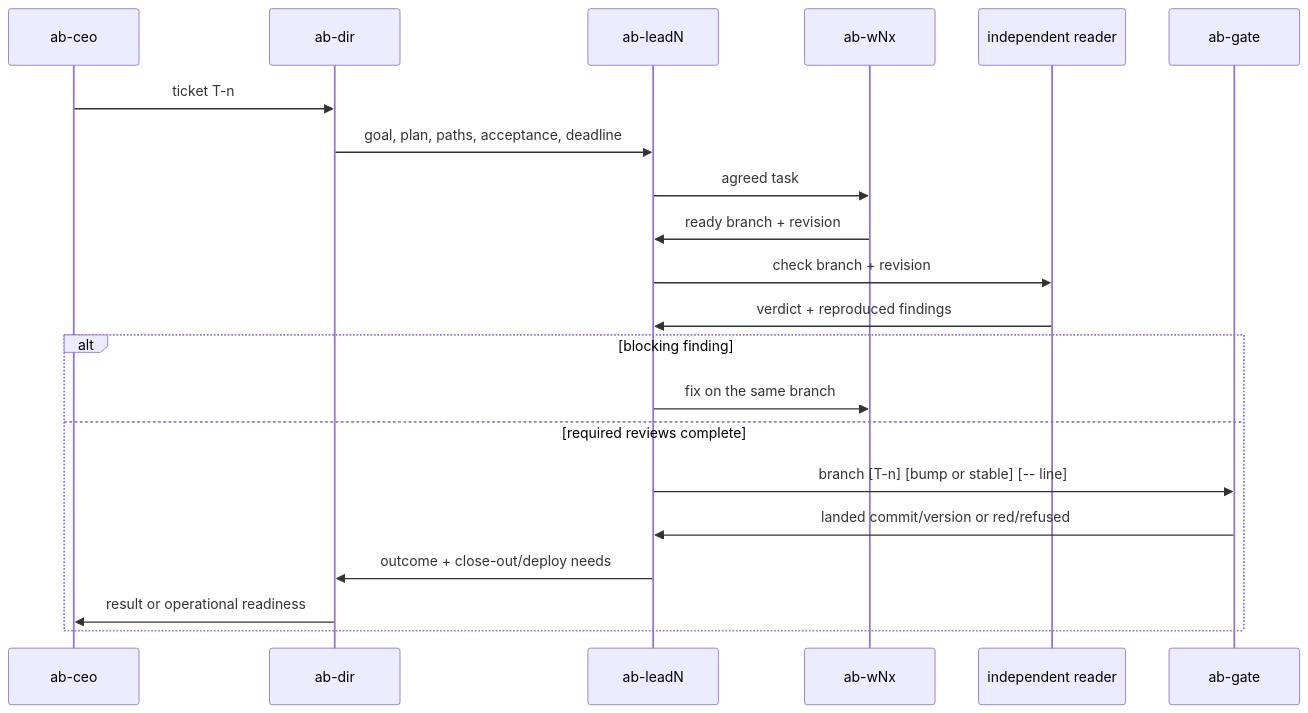
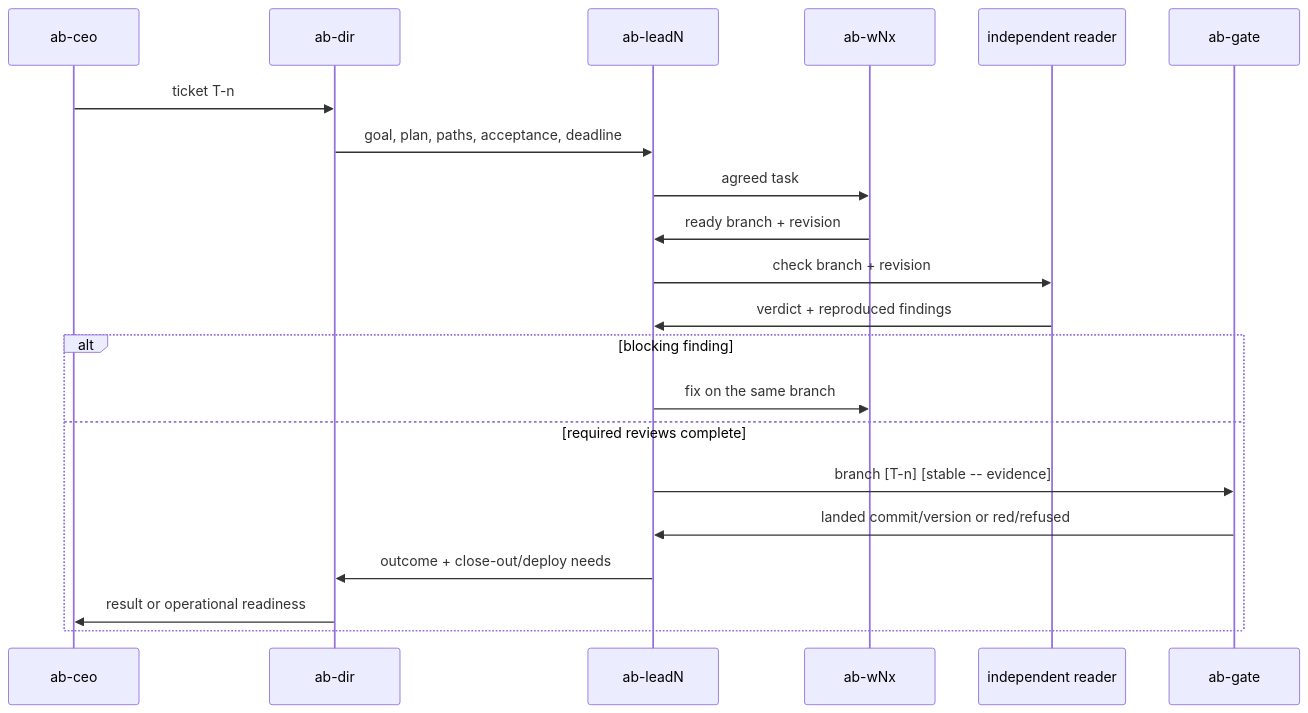
One commit to parf/ai-agent-bus changed the third of 3 diagrams in Plans/Team.v2/README.md. Above: the diagram before and after it, drawn with Mermaid. The commit also changed other lines of this file and 7 other files, not shown here.

First line of the commit message:
Versions rise once per deploy by #ab-ceo; the gate refuses bump, and leads group small tasks into one gate run

````diff
--- a/Plans/Team.v2/README.md
+++ b/Plans/Team.v2/README.md
@@ -48,23 +48,23 @@
 ```mermaid
 sequenceDiagram
   participant ceo as ab-ceo
   participant dir as ab-dir
   participant lead as ab-leadN
   participant w as ab-wNx
   participant qa as independent reader
   participant gate as ab-gate
   ceo->>dir: ticket T-n
   dir->>lead: goal, plan, paths, acceptance, deadline
   lead->>w: agreed task
   w->>lead: ready branch + revision
   lead->>qa: check branch + revision
   qa->>lead: verdict + reproduced findings
   alt blocking finding
     lead->>w: fix on the same branch
   else required reviews complete
-    lead->>gate: branch [T-n] [bump or stable] [-- line]
+    lead->>gate: branch [T-n] [stable -- evidence]
     gate->>lead: landed commit/version or red/refused
     lead->>dir: outcome + close-out/deploy needs
     dir->>ceo: result or operational readiness
   end
 ```
````
